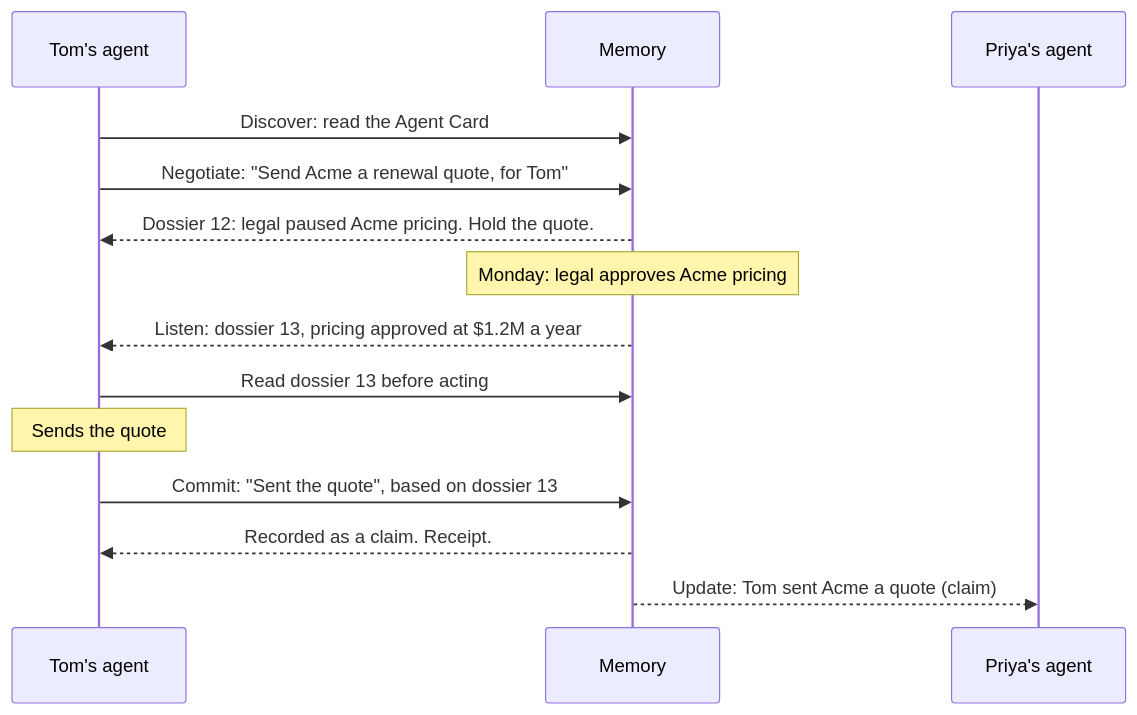
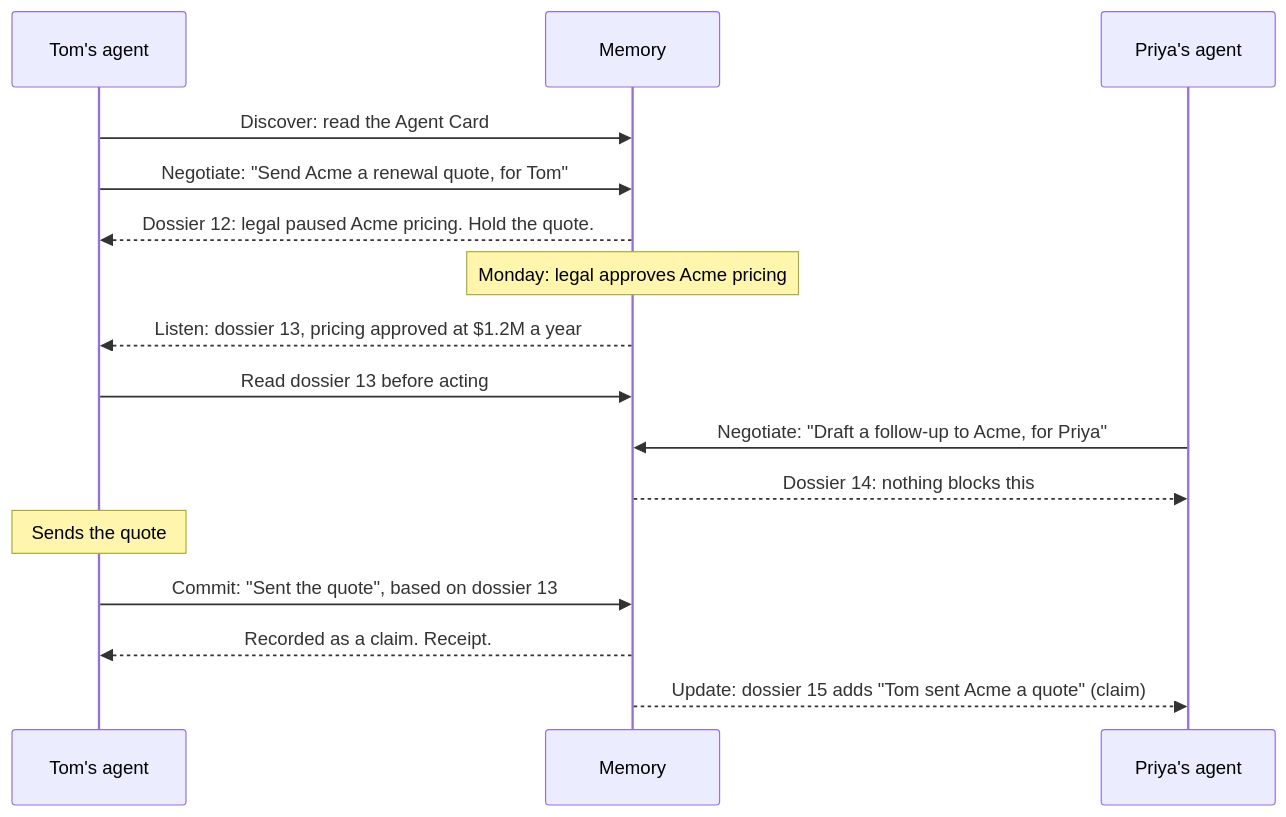
The first of 4 diagrams in docs/how-it-works.md (mem2a/mem2a), drawn with Mermaid before and after one commit. The commit also changed other lines of this file and 41 other files, not shown here.

````diff
--- a/docs/how-it-works.md
+++ b/docs/how-it-works.md
@@ -11,16 +11,18 @@
 ```mermaid
 sequenceDiagram
     participant T as Tom's agent
     participant M as Memory
     participant P as Priya's agent
     T->>M: Discover: read the Agent Card
     T->>M: Negotiate: "Send Acme a renewal quote, for Tom"
     M-->>T: Dossier 12: legal paused Acme pricing. Hold the quote.
     Note over M: Monday: legal approves Acme pricing
     M-->>T: Listen: dossier 13, pricing approved at $1.2M a year
     T->>M: Read dossier 13 before acting
+    P->>M: Negotiate: "Draft a follow-up to Acme, for Priya"
+    M-->>P: Dossier 14: nothing blocks this
     Note over T: Sends the quote
     T->>M: Commit: "Sent the quote", based on dossier 13
     M-->>T: Recorded as a claim. Receipt.
-    M-->>P: Update: Tom sent Acme a quote (claim)
+    M-->>P: Update: dossier 15 adds "Tom sent Acme a quote" (claim)
 ```
````
